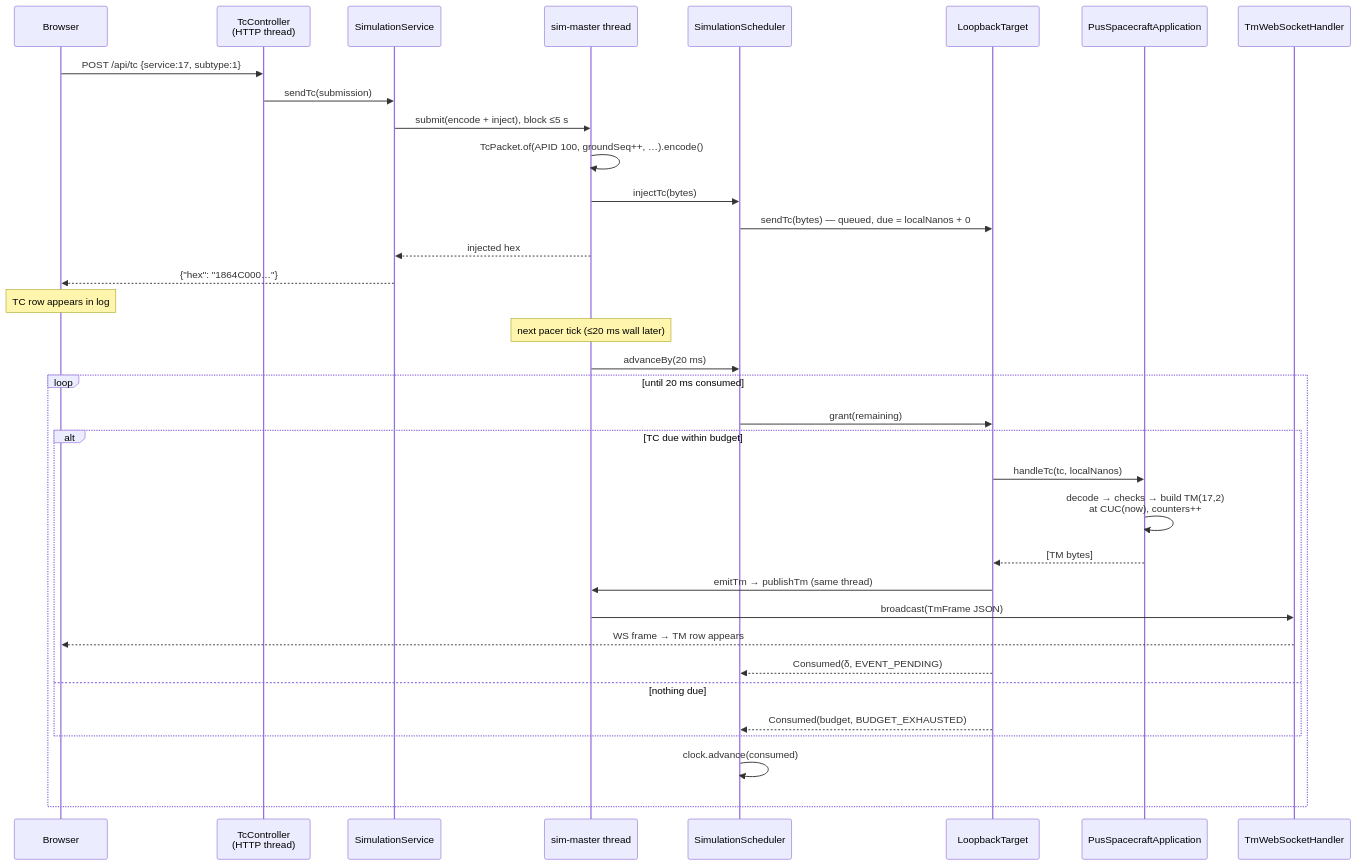
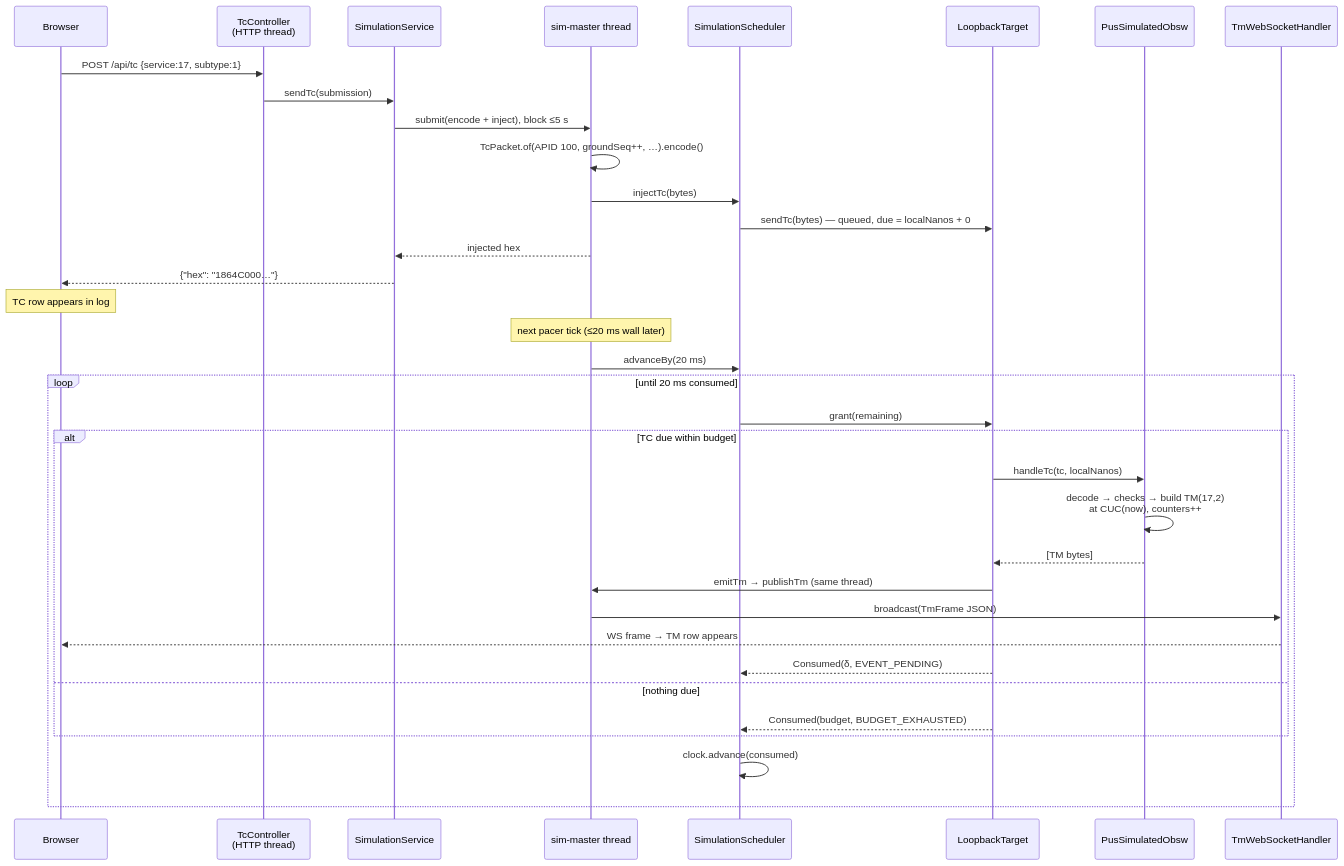
Before and after one commit to cmoellmann/satsim: the fifth of 5 diagrams in docs/sdd.md, drawn with Mermaid. The commit also changed other lines of this file and 10 other files, not shown here.

First line of the commit message:
refactor(simulator): rename SpacecraftApplication → SimulatedObsw (host vs. software clarity)

````diff
--- a/docs/sdd.md
+++ b/docs/sdd.md
@@ -387,39 +396,39 @@
 ```mermaid
 sequenceDiagram
   participant B as Browser
   participant C as TcController<br/>(HTTP thread)
   participant S as SimulationService
   participant M as sim-master thread
   participant SCH as SimulationScheduler
   participant T as LoopbackTarget
-  participant A as PusSpacecraftApplication
+  participant A as PusSimulatedObsw
   participant W as TmWebSocketHandler
 
   B->>C: POST /api/tc {service:17, subtype:1}
   C->>S: sendTc(submission)
   S->>M: submit(encode + inject), block ≤5 s
   M->>M: TcPacket.of(APID 100, groundSeq++, …).encode()
   M->>SCH: injectTc(bytes)
   SCH->>T: sendTc(bytes) — queued, due = localNanos + 0
   M-->>S: injected hex
   S-->>B: {"hex": "1864C000…"}
   Note over B: TC row appears in log
 
   Note over M: next pacer tick (≤20 ms wall later)
   M->>SCH: advanceBy(20 ms)
   loop until 20 ms consumed
     SCH->>T: grant(remaining)
     alt TC due within budget
       T->>A: handleTc(tc, localNanos)
       A->>A: decode → checks → build TM(17,2)<br/>at CUC(now), counters++
       A-->>T: [TM bytes]
       T->>M: emitTm → publishTm (same thread)
       M->>W: broadcast(TmFrame JSON)
       W-->>B: WS frame → TM row appears
       T-->>SCH: Consumed(δ, EVENT_PENDING)
     else nothing due
       T-->>SCH: Consumed(budget, BUDGET_EXHAUSTED)
     end
     SCH->>SCH: clock.advance(consumed)
   end
 ```
````
